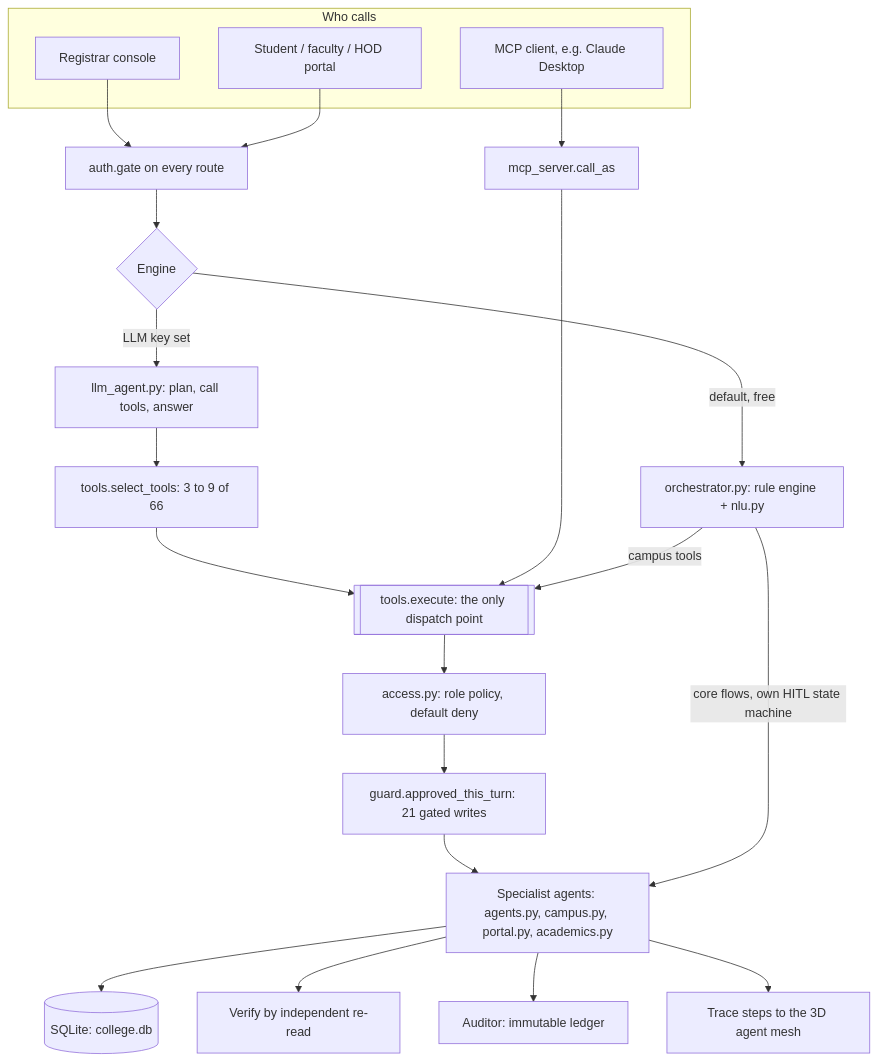
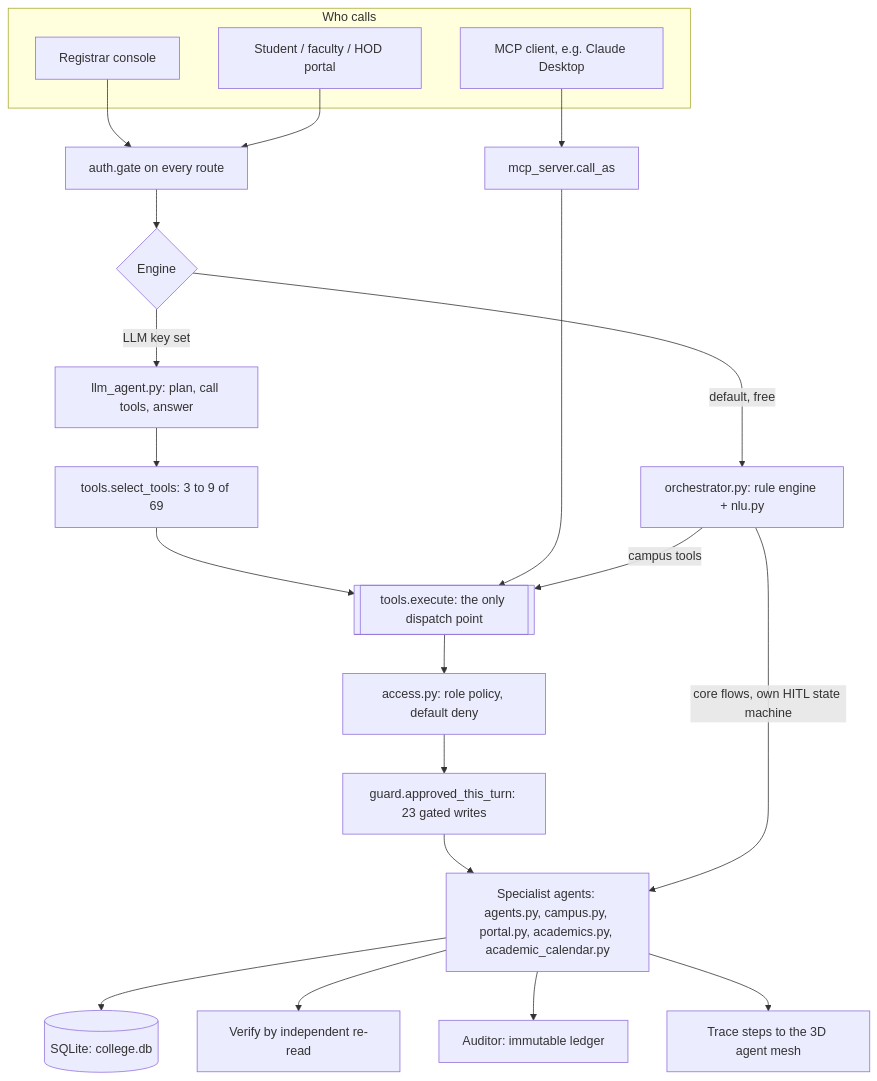
The first of 7 diagrams in README.md (samprith02/VidyaERP), drawn with Mermaid before and after one commit. The commit also changed other lines of this file and 28 other files, not shown here.

First line of the commit message:
Academic calendar: each entry for the classes it names; SEE off Gandhi Jayanti (#104, #106)

````diff
--- a/README.md
+++ b/README.md
@@ -206,26 +208,26 @@
 ```mermaid
 flowchart TB
   subgraph callers [Who calls]
     RC[Registrar console]
     PT[Student / faculty / HOD portal]
     MC[MCP client, e.g. Claude Desktop]
   end
   RC --> AG[auth.gate on every route]
   PT --> AG
   AG --> EN{Engine}
   EN -->|default, free| RE[orchestrator.py: rule engine + nlu.py]
   EN -->|LLM key set| LA[llm_agent.py: plan, call tools, answer]
-  LA --> TR[tools.select_tools: 3 to 9 of 66]
+  LA --> TR[tools.select_tools: 3 to 9 of 69]
   MC --> CA[mcp_server.call_as]
   TR --> EX[[tools.execute: the only dispatch point]]
   CA --> EX
   RE -->|campus tools| EX
   EX --> AC[access.py: role policy, default deny]
-  AC --> GD[guard.approved_this_turn: 21 gated writes]
-  GD --> SP[Specialist agents: agents.py, campus.py, portal.py, academics.py]
+  AC --> GD[guard.approved_this_turn: 23 gated writes]
+  GD --> SP[Specialist agents: agents.py, campus.py, portal.py, academics.py, academic_calendar.py]
   RE -->|core flows, own HITL state machine| SP
   SP --> DB[(SQLite: college.db)]
   SP --> VR[Verify by independent re-read]
   SP --> AU[Auditor: immutable ledger]
   SP --> TC[Trace steps to the 3D agent mesh]
 ```
````
